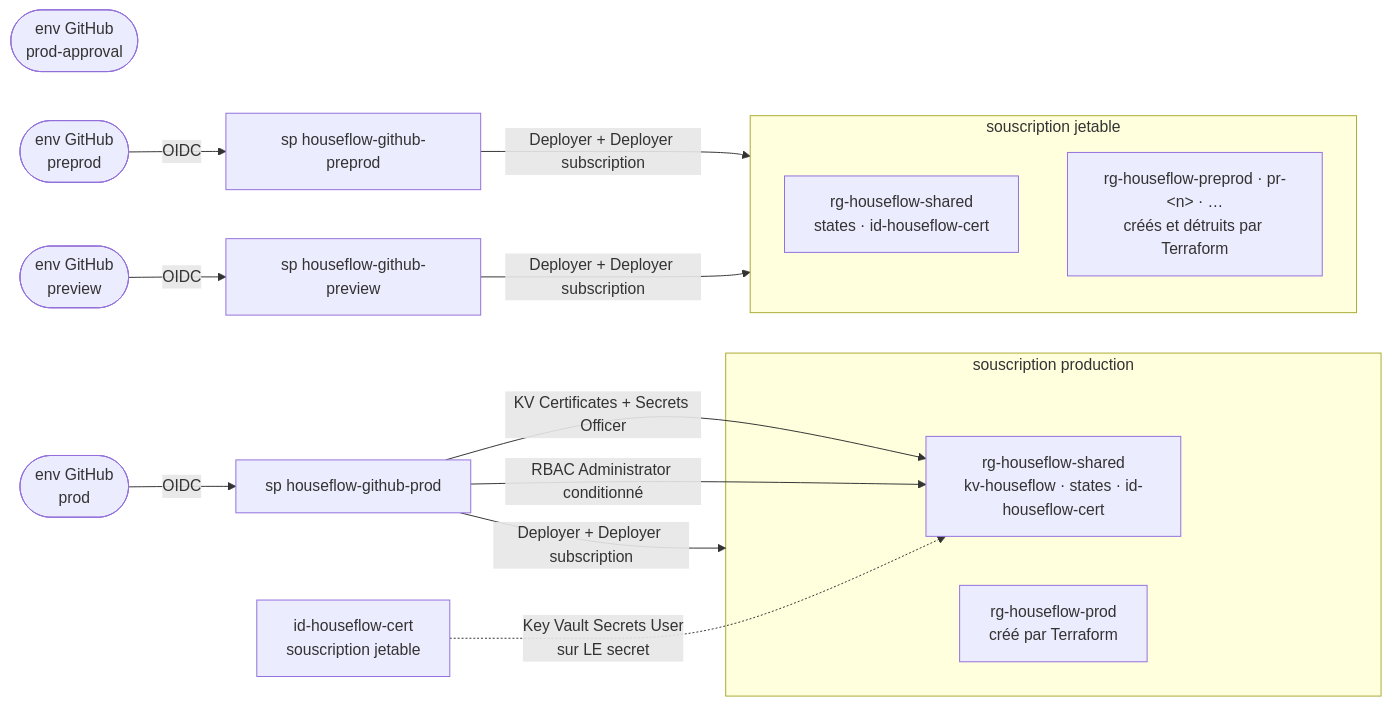
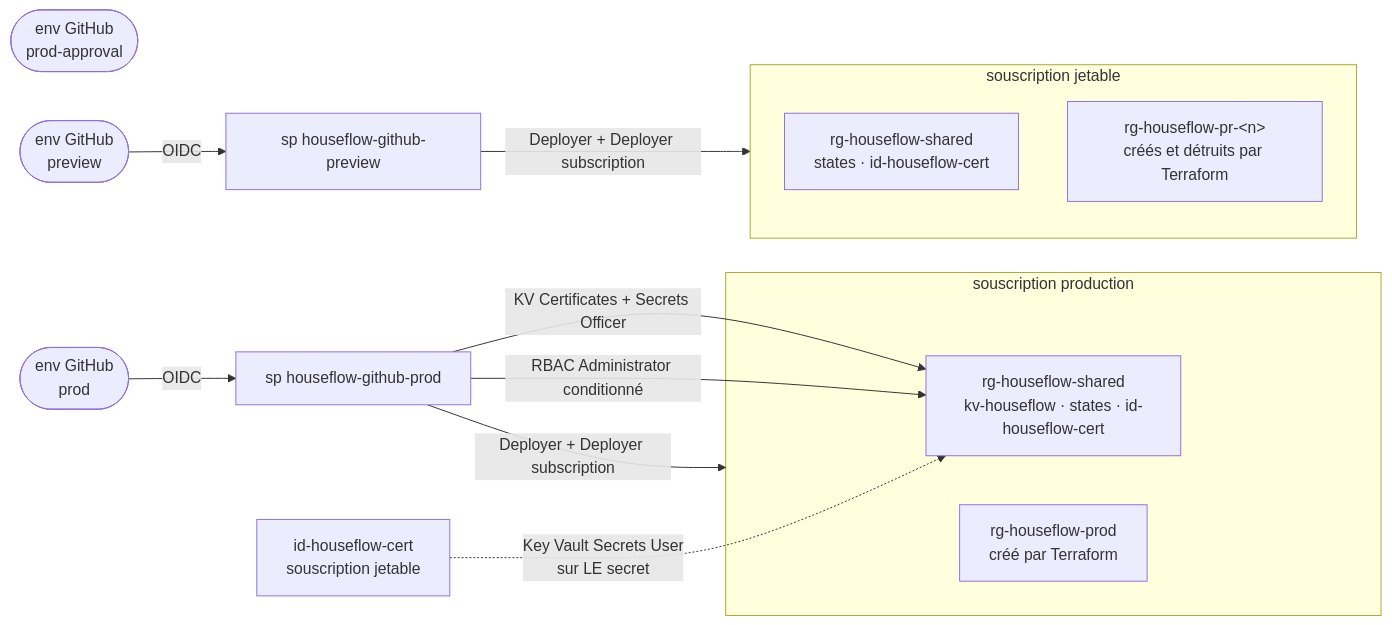
Before and after one commit to BarbeRouss/HouseFlow: the diagram in infrastructure/rbac/README.md, drawn with Mermaid. The commit also changed other lines of this file and 8 other files, not shown here.

````diff
--- a/infrastructure/rbac/README.md
+++ b/infrastructure/rbac/README.md
@@ -26,27 +33,25 @@
 ```mermaid
 graph LR
   EA(["env GitHub<br/>prod-approval"])
 
   EO(["env GitHub<br/>prod"]) -->|OIDC| SPO["sp houseflow-github-prod"]
-  EP(["env GitHub<br/>preprod"]) -->|OIDC| SPP["sp houseflow-github-preprod"]
   EV(["env GitHub<br/>preview"]) -->|OIDC| SPV["sp houseflow-github-preview"]
 
   subgraph SUBP ["souscription production"]
     RGS["rg-houseflow-shared<br/>kv-houseflow · states · id-houseflow-cert"]
     RGO["rg-houseflow-prod<br/>créé par Terraform"]
   end
 
   subgraph SUBE ["souscription jetable"]
     RGSE["rg-houseflow-shared<br/>states · id-houseflow-cert"]
-    RGX["rg-houseflow-preprod · pr-&lt;n&gt; · …<br/>créés et détruits par Terraform"]
+    RGX["rg-houseflow-pr-&lt;n&gt;<br/>créés et détruits par Terraform"]
   end
 
   SPO -->|Deployer + Deployer subscription| SUBP
   SPO -->|KV Certificates + Secrets Officer| RGS
   SPO -->|RBAC Administrator conditionné| RGS
 
-  SPP -->|Deployer + Deployer subscription| SUBE
   SPV -->|Deployer + Deployer subscription| SUBE
 
   IDC["id-houseflow-cert<br/>souscription jetable"] -.->|Key Vault Secrets User<br/>sur LE secret| RGS
 ```
````
